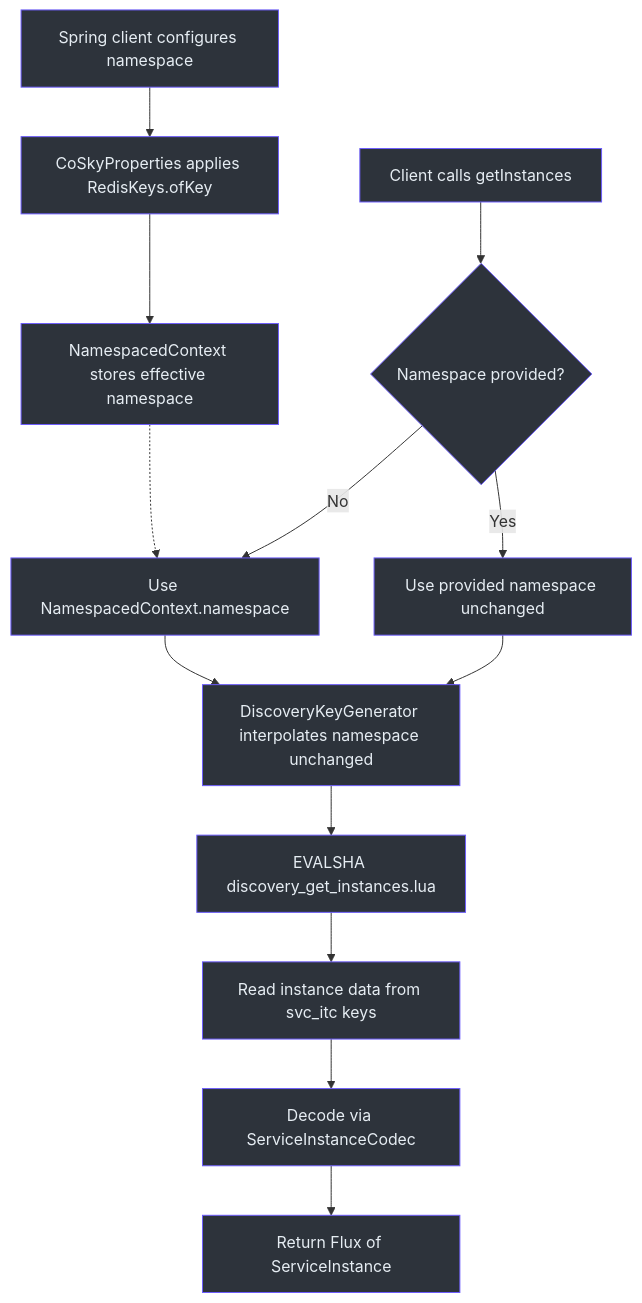
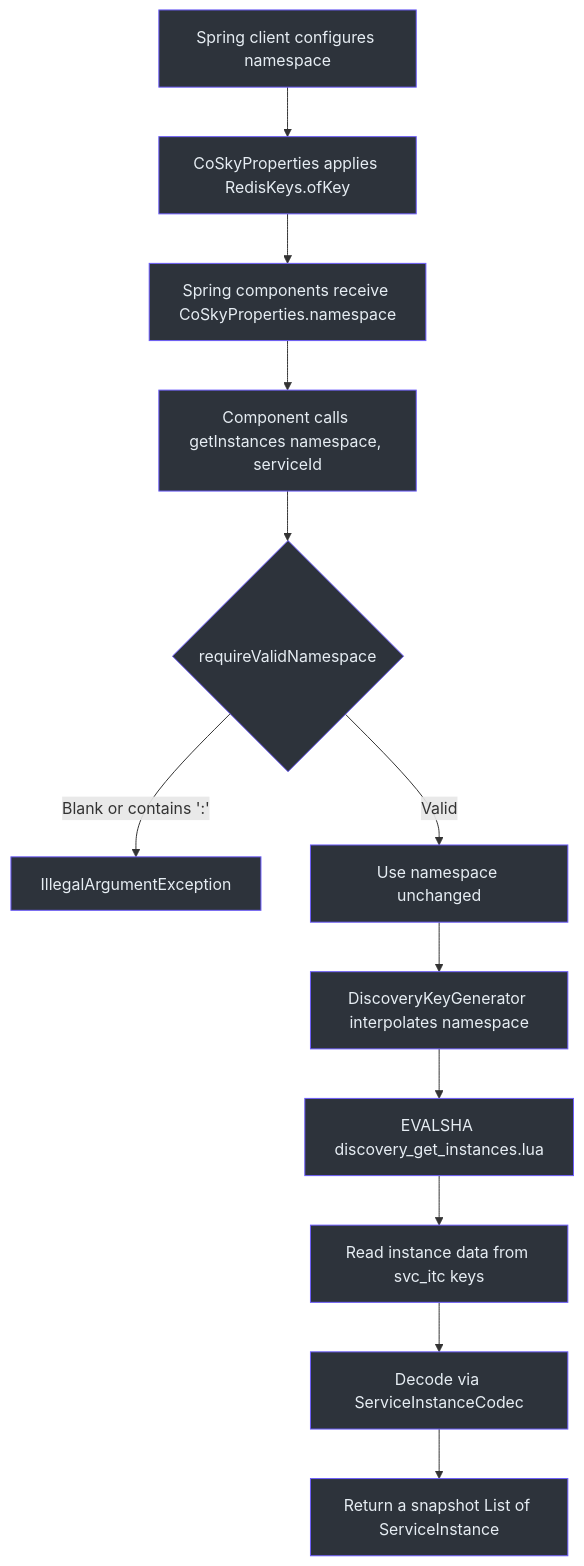
One commit to Ahoo-Wang/CoSky changed the sixth of 6 diagrams in wiki/guide/core.md. Above: the diagram before and after it, drawn with Mermaid. The commit also changed other lines of this file and 35 other files, not shown here.

````diff
--- a/wiki/guide/core.md
+++ b/wiki/guide/core.md
@@ -348,28 +335,27 @@
 ```mermaid
 flowchart TD
     A[Spring client configures namespace] --> B[CoSkyProperties applies RedisKeys.ofKey]
-    B --> C[NamespacedContext stores effective namespace]
-    D[Client calls getInstances] --> E{Namespace provided?}
-    E -->|No| F[Use NamespacedContext.namespace]
-    E -->|Yes| G[Use provided namespace unchanged]
-    C -.-> F
-    F --> H[DiscoveryKeyGenerator interpolates namespace unchanged]
-    G --> H
+    B --> C[Spring components receive CoSkyProperties.namespace]
+    C --> D[Component calls getInstances namespace, serviceId]
+    D --> E{requireValidNamespace}
+    E -->|Blank or contains ':'| F[IllegalArgumentException]
+    E -->|Valid| G[Use namespace unchanged]
+    G --> H[DiscoveryKeyGenerator interpolates namespace]
     H --> I[EVALSHA discovery_get_instances.lua]
     I --> J[Read instance data from svc_itc keys]
     J --> K[Decode via ServiceInstanceCodec]
-    K --> L[Return Flux of ServiceInstance]
+    K --> L[Return a snapshot List of ServiceInstance]
 
     style A fill:#2d333b,stroke:#6d5dfc,color:#e6edf3
     style B fill:#2d333b,stroke:#6d5dfc,color:#e6edf3
     style C fill:#2d333b,stroke:#6d5dfc,color:#e6edf3
     style D fill:#2d333b,stroke:#6d5dfc,color:#e6edf3
     style E fill:#2d333b,stroke:#6d5dfc,color:#e6edf3
     style F fill:#2d333b,stroke:#6d5dfc,color:#e6edf3
     style G fill:#2d333b,stroke:#6d5dfc,color:#e6edf3
     style H fill:#2d333b,stroke:#6d5dfc,color:#e6edf3
     style I fill:#2d333b,stroke:#6d5dfc,color:#e6edf3
     style J fill:#2d333b,stroke:#6d5dfc,color:#e6edf3
     style K fill:#2d333b,stroke:#6d5dfc,color:#e6edf3
     style L fill:#2d333b,stroke:#6d5dfc,color:#e6edf3
 ```
````
